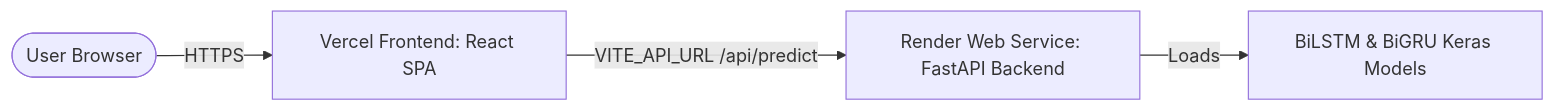
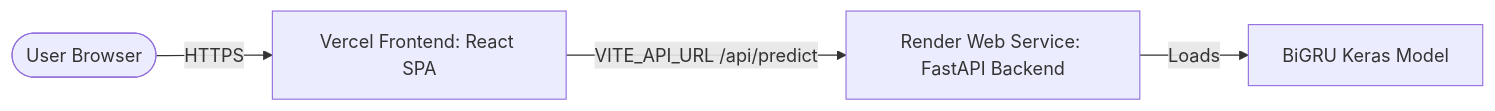
Before and after one commit to Al-Fuad/deep-mood: the diagram in DEPLOYMENT.md, drawn with Mermaid. The commit also changed other lines of this file and 8 other files, not shown here.

Commit message:
refactor: deprecate BiLSTM model and standardize inference exclusively on BiGRU

````diff
--- a/DEPLOYMENT.md
+++ b/DEPLOYMENT.md
@@ -11,6 +11,6 @@
 ```mermaid
 graph LR
     User([User Browser]) -->|HTTPS| Vercel[Vercel Frontend: React SPA]
     Vercel -->|VITE_API_URL /api/predict| Render[Render Web Service: FastAPI Backend]
-    Render -->|Loads| Models[BiLSTM & BiGRU Keras Models]
+    Render -->|Loads| Models[BiGRU Keras Model]
 ```
````
